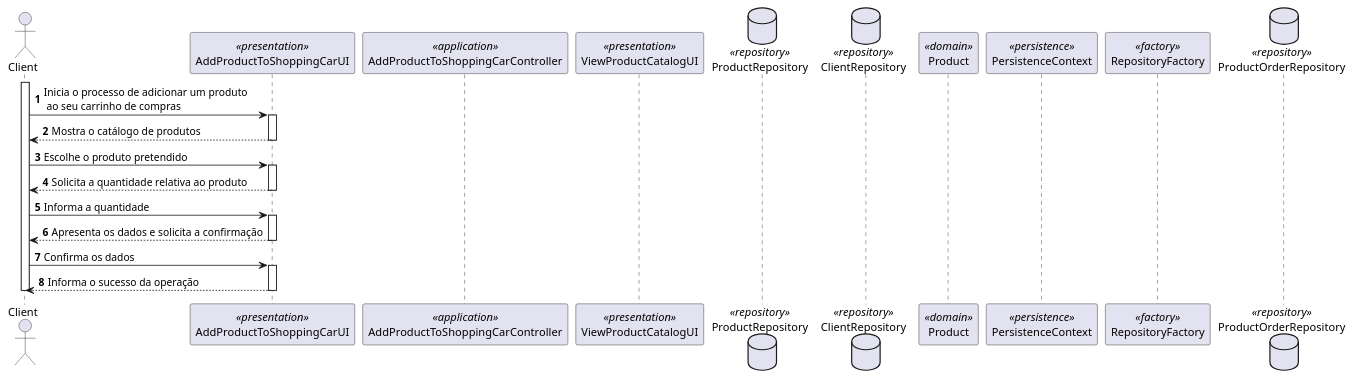
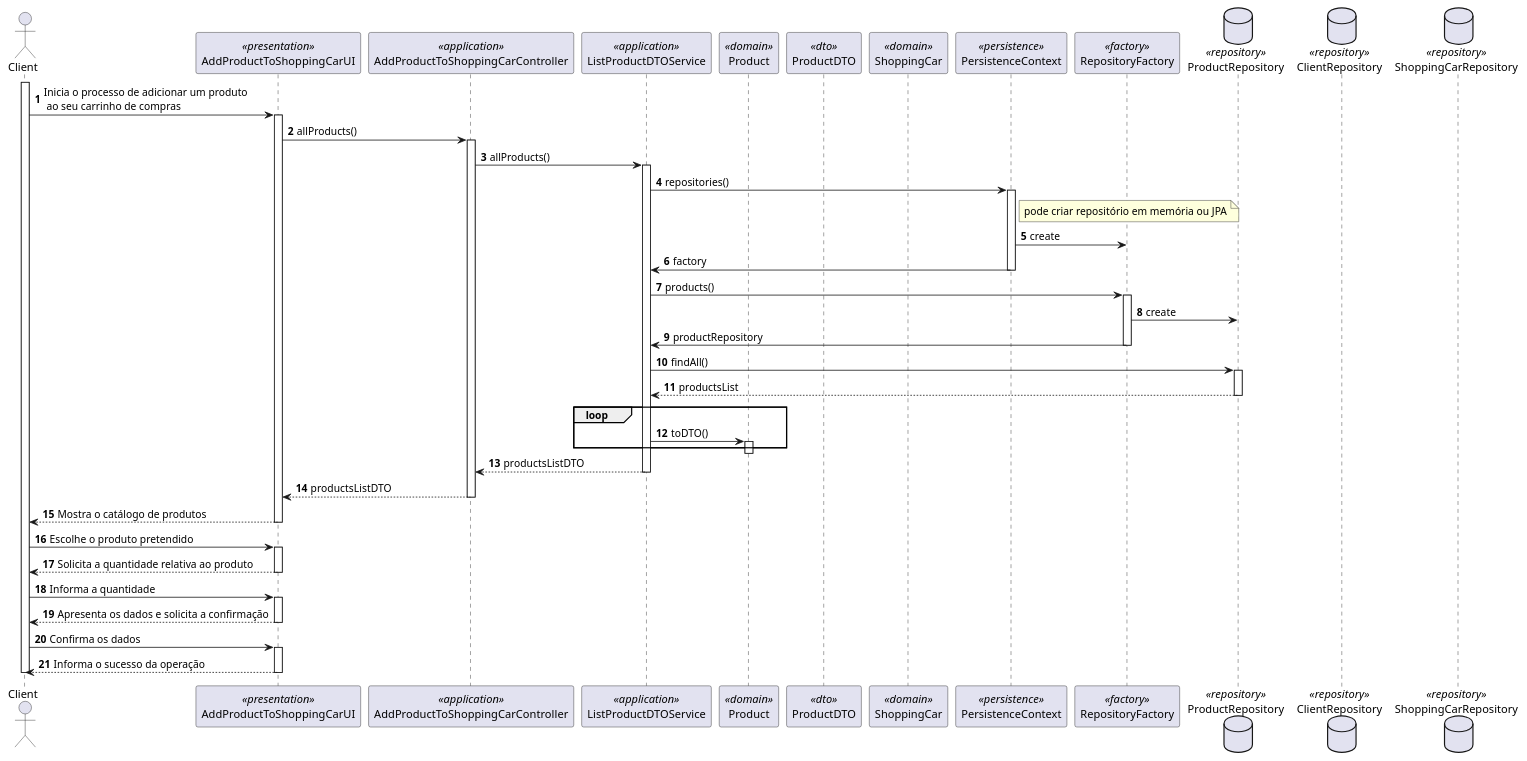
One commit to 0franciscor/lei21_22_s4_2de_01 changed the diagram in docs/1201386/US1501/SD_RegistarProdutoCarrinhoDeCompras.puml. Above: the diagram before and after it, drawn with PlantUML. The commit also changed 9 other files, not shown here.

Commit message:
#22 - Implementação da classe ShoppingCar e as classes necessárias para a persistência

```diff
--- a/docs/1201386/US1501/SD_RegistarProdutoCarrinhoDeCompras.puml
+++ b/docs/1201386/US1501/SD_RegistarProdutoCarrinhoDeCompras.puml
@@ -1,38 +1,67 @@
 @startuml
 
 autonumber
 actor "Client" as C
 participant AddProductToShoppingCarUI as UI <<presentation>>
 participant AddProductToShoppingCarController as Controller <<application>>
-participant ViewProductCatalogUI as ui <<presentation>>
+participant ListProductDTOService as Service <<application>>
+participant "Product" as Domain <<domain>>
+participant "ProductDTO" as DTO <<dto>>
+participant "ShoppingCar" as domain <<domain>>
+participant PersistenceContext as Persistence <<persistence>>
+participant RepositoryFactory as Factory <<factory>>
 database ProductRepository as repository <<repository>>
 database ClientRepository as rep <<repository>>
-
-participant "Product" as Domain <<domain>>
-participant PersistenceContext as Persistence <<persistence>>
-participant RepositoryFactory as Factory <<factory>>
-database ProductOrderRepository as Repository <<repository>>
+database ShoppingCarRepository as r <<repository>>
 
 activate C
 C -> UI : Inicia o processo de adicionar um produto \n ao seu carrinho de compras
 activate UI
+UI -> Controller: allProducts()
+activate Controller
+Controller -> Service: allProducts()
+activate Service
+Service -> Persistence: repositories()
+activate Persistence
+note right of Persistence: pode criar repositório em memória ou JPA
+Persistence -> Factory: create
+Persistence -> Service: factory
+deactivate Persistence
+Service -> Factory: products()
+activate Factory
+Factory -> repository: create
+Factory -> Service: productRepository
+deactivate Factory
+Service->repository:findAll()
+activate repository
+repository --> Service: productsList
+deactivate repository
+loop
+Service -> Domain: toDTO()
+activate Domain
+end
+deactivate Domain
+Service --> Controller: productsListDTO
+deactivate Service
+Controller --> UI: productsListDTO
+deactivate Controller
 UI --> C : Mostra o catálogo de produtos
 deactivate UI
 C -> UI : Escolhe o produto pretendido
 activate UI
 UI --> C : Solicita a quantidade relativa ao produto
 deactivate UI
 C -> UI : Informa a quantidade
 activate UI
 UI --> C : Apresenta os dados e solicita a confirmação
 deactivate UI
 C -> UI : Confirma os dados
 activate UI
 
 UI --> C : Informa o sucesso da operação
 deactivate UI
 deactivate C
 
 
 
 @enduml
```
